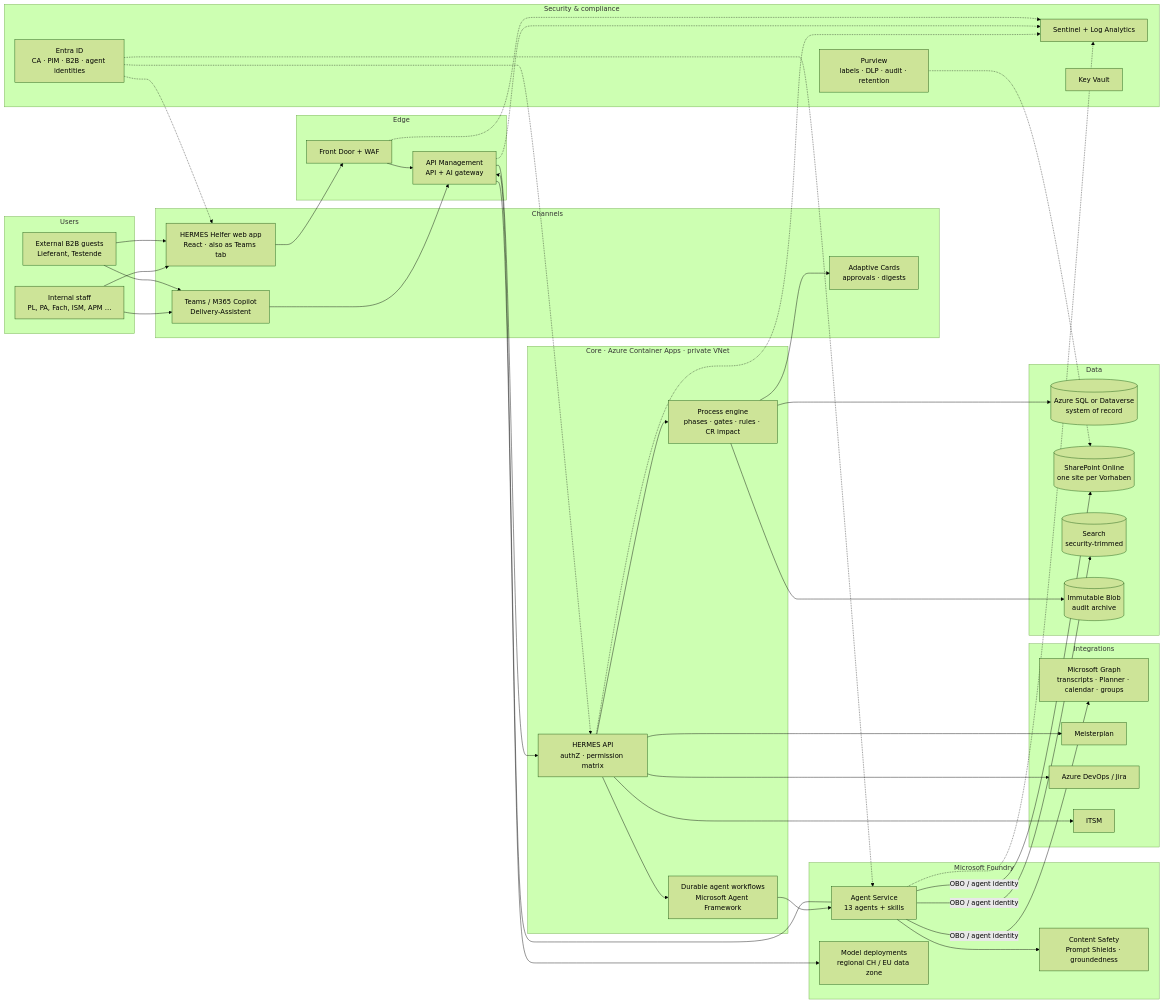
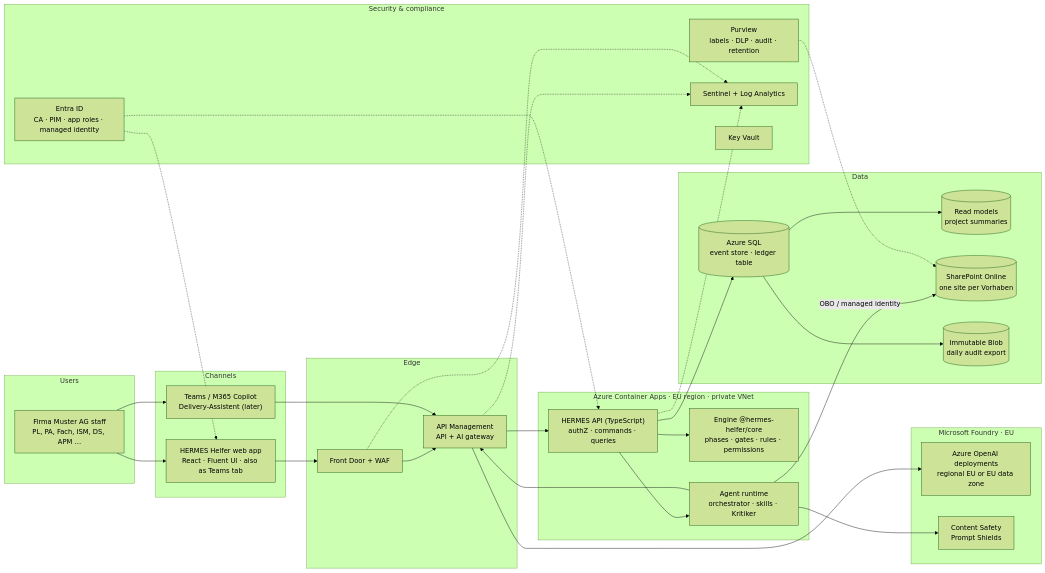
One commit to RedBlueCrown/HERMES_Helfer changed the first of 2 diagrams in docs/target-architecture.md. Above: the diagram before and after it, drawn with Mermaid (forest theme). The commit also changed other lines of this file and 2 other files, not shown here.

First line of the commit message:
Update architecture for decisions; add open questions and to-do-later

````diff
--- a/docs/target-architecture.md
+++ b/docs/target-architecture.md
@@ -61,60 +77,48 @@
 ```mermaid
 flowchart LR
   subgraph Users
-    U1["Internal staff<br/>PL, PA, Fach, ISM, APM …"]
-    U2["External B2B guests<br/>Lieferant, Testende"]
+    U1["Firma Muster AG staff<br/>PL, PA, Fach, ISM, DS, APM …"]
   end
   subgraph Channels
-    WEB["HERMES Helfer web app<br/>React · also as Teams tab"]
-    TEAMS["Teams / M365 Copilot<br/>Delivery-Assistent"]
-    CARDS["Adaptive Cards<br/>approvals · digests"]
+    WEB["HERMES Helfer web app<br/>React · Fluent UI · also as Teams tab"]
+    TEAMS["Teams / M365 Copilot<br/>Delivery-Assistent (later)"]
   end
   subgraph Edge
     FD["Front Door + WAF"]
     APIM["API Management<br/>API + AI gateway"]
   end
-  subgraph Core["Core · Azure Container Apps · private VNet"]
-    API["HERMES API<br/>authZ · permission matrix"]
-    ENG["Process engine<br/>phases · gates · rules · CR impact"]
-    WF["Durable agent workflows<br/>Microsoft Agent Framework"]
+  subgraph App["Azure Container Apps · EU region · private VNet"]
+    API["HERMES API (TypeScript)<br/>authZ · commands · queries"]
+    ENG["Engine @hermes-helfer/core<br/>phases · gates · rules · permissions"]
+    RT["Agent runtime<br/>orchestrator · skills · Kritiker"]
   end
-  subgraph AI["Microsoft Foundry"]
-    AG["Agent Service<br/>13 agents + skills"]
-    MOD["Model deployments<br/>regional CH / EU data zone"]
-    CS["Content Safety<br/>Prompt Shields · groundedness"]
+  subgraph AI["Microsoft Foundry · EU"]
+    MOD["Azure OpenAI deployments<br/>regional EU or EU data zone"]
+    CS["Content Safety<br/>Prompt Shields"]
   end
   subgraph Data
-    DB[("Azure SQL or Dataverse<br/>system of record")]
+    ES[("Azure SQL<br/>event store · ledger table")]
+    RM[("Read models<br/>project summaries")]
     SP[("SharePoint Online<br/>one site per Vorhaben")]
-    SRCH[("Search<br/>security-trimmed")]
-    WORM[("Immutable Blob<br/>audit archive")]
-  end
-  subgraph Ext["Integrations"]
-    GRAPH["Microsoft Graph<br/>transcripts · Planner · calendar · groups"]
-    MP["Meisterplan"]
-    DEV["Azure DevOps / Jira"]
-    ITSM["ITSM"]
+    WORM[("Immutable Blob<br/>daily audit export")]
   end
   subgraph Sec["Security & compliance"]
-    ENTRA["Entra ID<br/>CA · PIM · B2B · agent identities"]
+    ENTRA["Entra ID<br/>CA · PIM · app roles · managed identity"]
     PV["Purview<br/>labels · DLP · audit · retention"]
     SENT["Sentinel + Log Analytics"]
     KV["Key Vault"]
   end
 
-  U1 & U2 --> WEB & TEAMS
+  U1 --> WEB & TEAMS
   WEB --> FD --> APIM --> API
   TEAMS --> APIM
-  API --> ENG --> DB
-  API --> WF --> AG
-  AG --> APIM
-  APIM --> MOD
-  AG --> CS
-  AG -- "OBO / agent identity" --> SP & SRCH & GRAPH
-  ENG --> CARDS
-  ENG --> WORM
-  API --> MP & DEV & ITSM
-  ENTRA -.-> WEB & API & AG
+  API --> ENG
+  API --> RT --> APIM --> MOD
+  RT --> CS
+  API --> ES --> RM
+  ES --> WORM
+  RT -- "OBO / managed identity" --> SP
+  ENTRA -.-> WEB & API
   PV -.-> SP
-  API & AG & APIM & FD -.-> SENT
+  API & APIM & FD -.-> SENT
 ```
````
